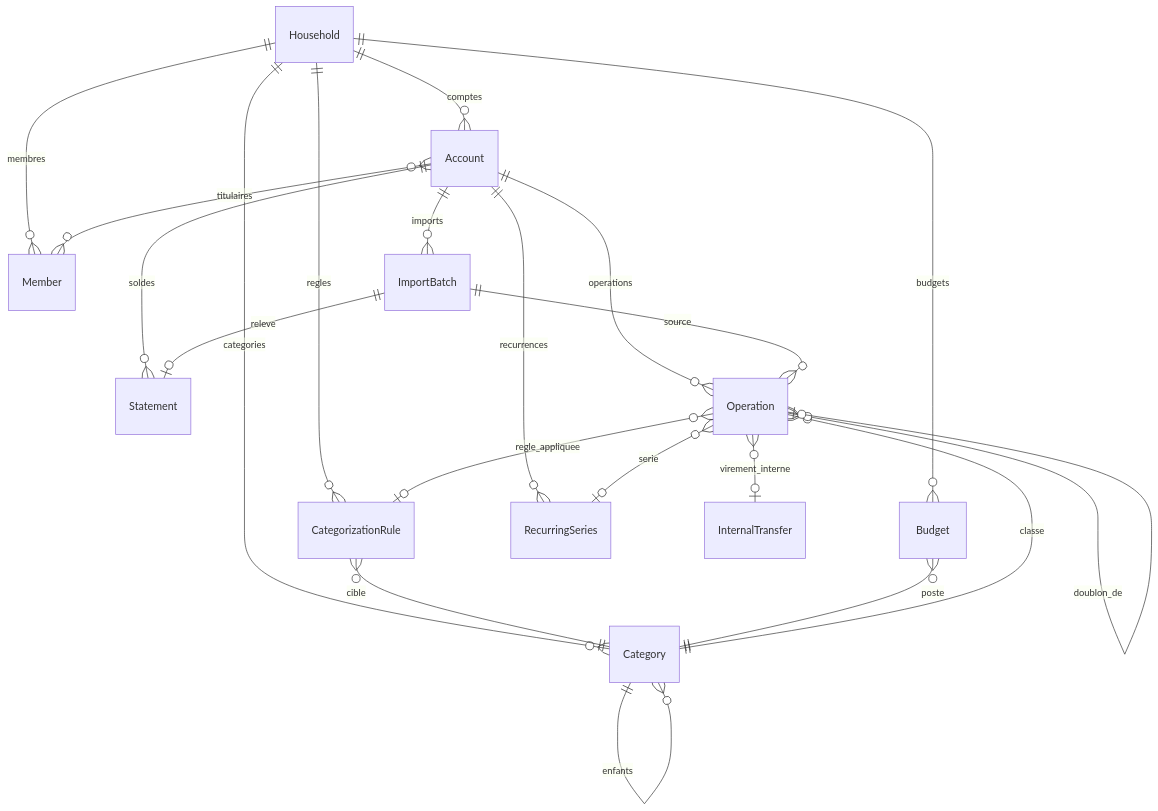
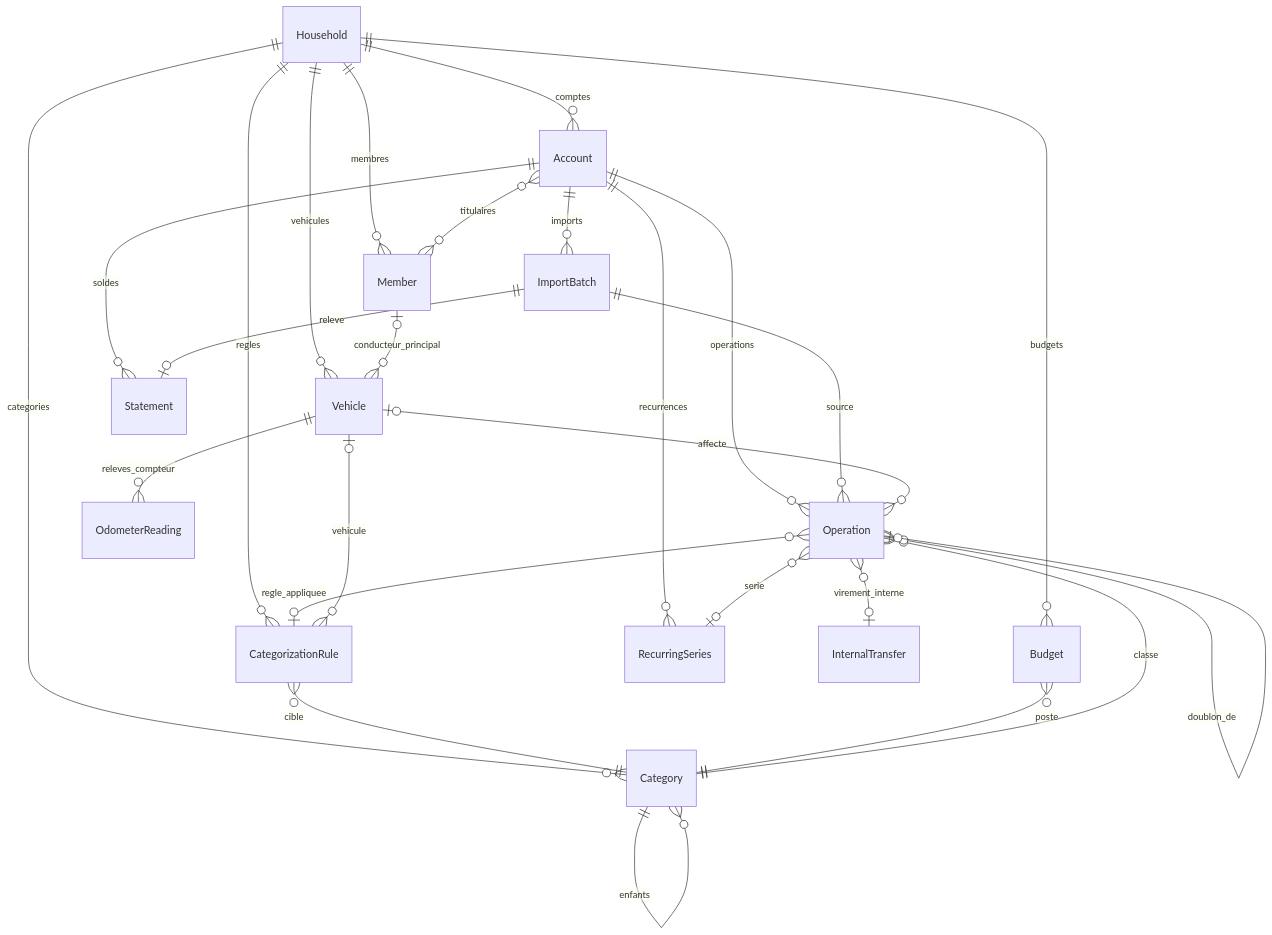
Before and after one commit to loclamor/treso-foyer: the diagram in docs/modele-donnees.md, drawn with Mermaid. The commit also changed other lines of this file and 19 other files, not shown here.

First line of the commit message:
Add the Vehicle model with odometer readings

````diff
--- a/docs/modele-donnees.md
+++ b/docs/modele-donnees.md
@@ -5,23 +5,28 @@
 ```mermaid
 erDiagram
     Household ||--o{ Member : membres
     Household ||--o{ Account : comptes
     Household ||--o{ Category : categories
     Household ||--o{ CategorizationRule : regles
     Household ||--o{ Budget : budgets
+    Household ||--o{ Vehicle : vehicules
     Account }o--o{ Member : titulaires
     Account ||--o{ ImportBatch : imports
     Account ||--o{ Statement : soldes
     Account ||--o{ Operation : operations
     Account ||--o{ RecurringSeries : recurrences
     ImportBatch ||--o| Statement : releve
     ImportBatch ||--o{ Operation : source
     Category ||--o{ Category : enfants
     Category ||--o{ Operation : classe
     CategorizationRule }o--|| Category : cible
     Operation }o--o| CategorizationRule : regle_appliquee
     Operation }o--o| Operation : doublon_de
     Operation }o--o| InternalTransfer : virement_interne
     Operation }o--o| RecurringSeries : serie
     Budget }o--|| Category : poste
+    Vehicle ||--o{ OdometerReading : releves_compteur
+    Vehicle |o--o{ Operation : affecte
+    CategorizationRule }o--o| Vehicle : vehicule
+    Member |o--o{ Vehicle : conducteur_principal
 ```
````
